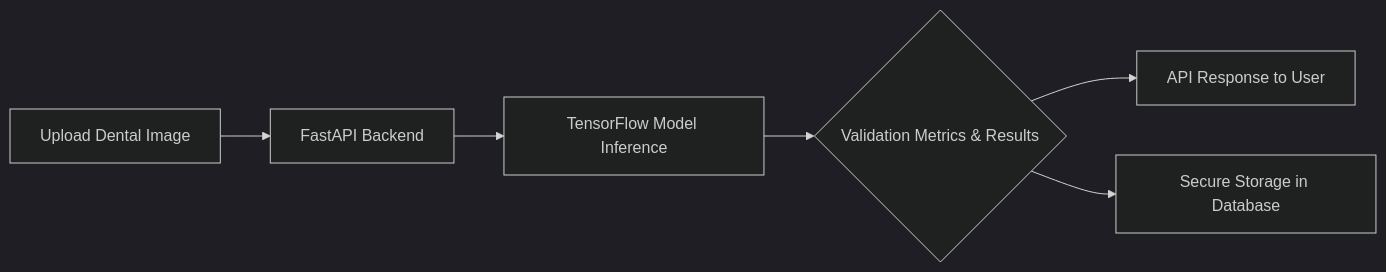
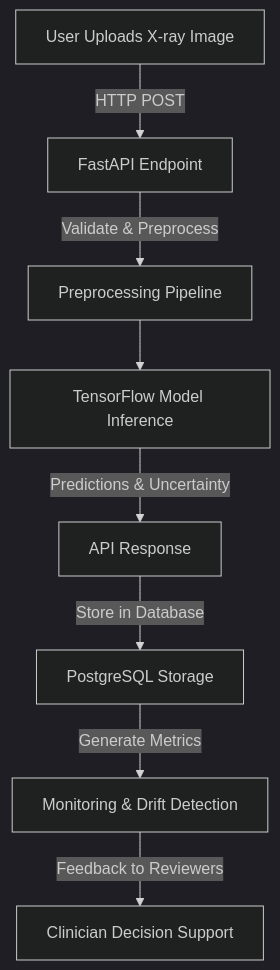
One commit to EF361/DentAI changed the diagram in README.md. Above: the diagram before and after it, drawn with Mermaid (dark theme). The commit also changed other lines of this file, not shown here.

````diff
--- a/README.md
+++ b/README.md
@@ -34,8 +29,10 @@
-```mermaid  
-graph LR  
-A[Upload Dental Image] --> B[FastAPI Backend]  
-B --> C[TensorFlow Model Inference]  
-C --> D{Validation Metrics & Results}  
-D --> E[API Response to User]  
-D --> F[Secure Storage in Database]  
-```  
+```mermaid
+graph TD
+    A[User Uploads X-ray Image] -->|HTTP POST| B[FastAPI Endpoint]
+    B -->|Validate & Preprocess| C[Preprocessing Pipeline]
+    C --> D[TensorFlow Model Inference]
+    D -->|Predictions & Uncertainty| E[API Response]
+    E -->|Store in Database| F[PostgreSQL Storage]
+    F -->|Generate Metrics| G[Monitoring & Drift Detection]
+    G -->|Feedback to Reviewers| H[Clinician Decision Support]
+```
````
